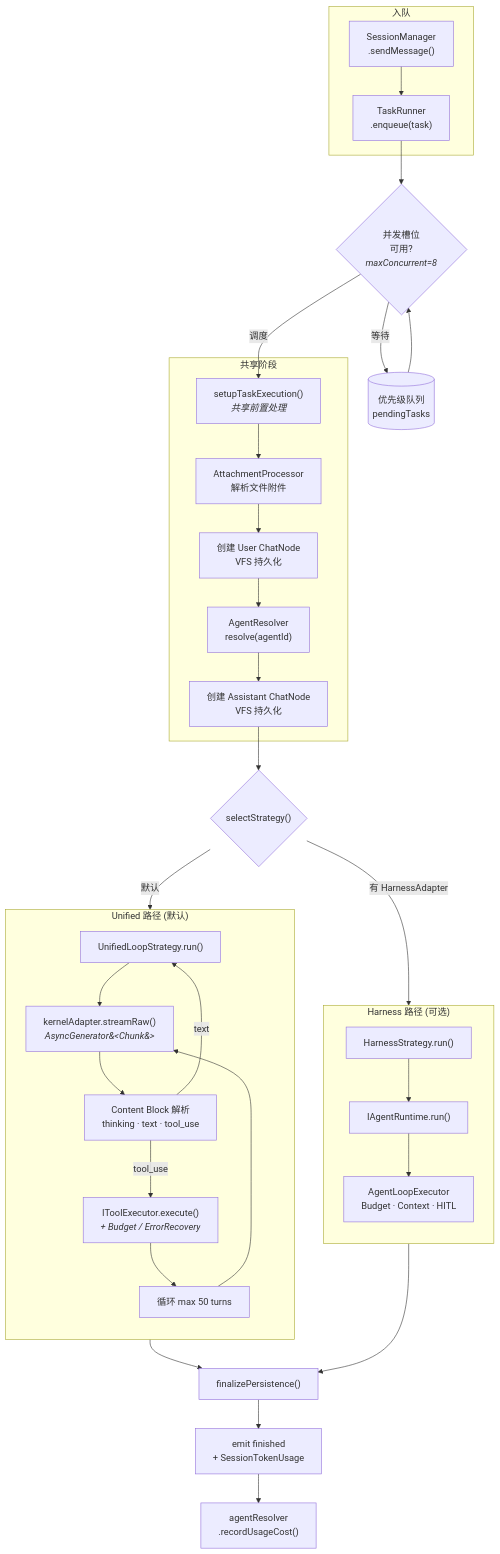
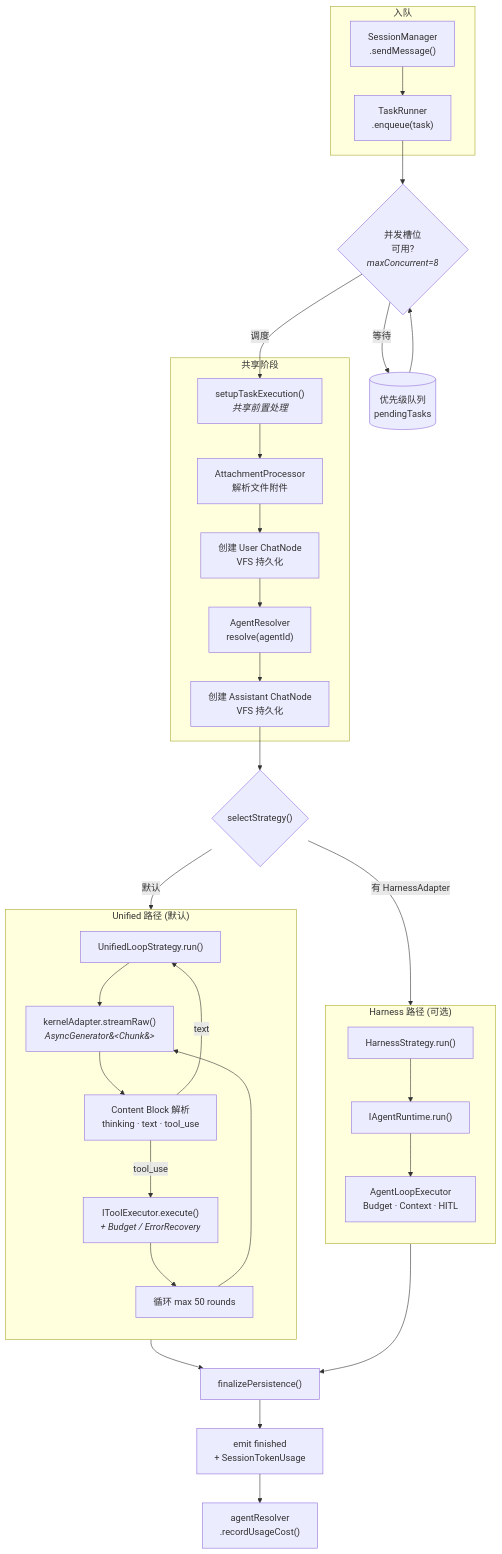
One commit to mushuanli/itookit changed the fifth of 7 diagrams in doc/feat/llm-design.md. Above: the diagram before and after it, drawn with Mermaid. The commit also changed other lines of this file and 74 other files, not shown here.

````diff
--- a/doc/feat/llm-design.md
+++ b/doc/feat/llm-design.md
@@ -659,50 +659,50 @@
 ```mermaid
 flowchart TB
     subgraph Input["入队"]
         Send["SessionManager<br/>.sendMessage()"] --> Enqueue["TaskRunner<br/>.enqueue(task)"]
     end
 
     Enqueue --> Pool{"并发槽位<br/>可用?<br/><i>maxConcurrent=8</i>"}
     Pool -->|"等待"| Queue[("优先级队列<br/>pendingTasks")]
     Queue --> Pool
 
     Pool -->|"调度"| Setup["setupTaskExecution()<br/><i>共享前置处理</i>"]
 
     subgraph Shared["共享阶段"]
         Setup --> Attach["AttachmentProcessor<br/>解析文件附件"]
         Attach --> UserNode["创建 User ChatNode<br/>VFS 持久化"]
         UserNode --> Agent["AgentResolver<br/>resolve(agentId)"]
         Agent --> AssistNode["创建 Assistant ChatNode<br/>VFS 持久化"]
     end
 
     AssistNode --> Dispatch{"selectStrategy()"}
 
     subgraph Unified_Path["Unified 路径 (默认)"]
         direction TB
         C1["UnifiedLoopStrategy.run()"]
         C2["kernelAdapter.streamRaw()<br/><i>AsyncGenerator&#60;Chunk&#62;</i>"]
         C3["Content Block 解析<br/>thinking · text · tool_use"]
         C4["IToolExecutor.execute()<br/><i>+ Budget / ErrorRecovery</i>"]
-        C5["循环 max 50 turns"]
+        C5["循环 max 50 rounds"]
         C1 --> C2 --> C3
         C3 -->|"tool_use"| C4 --> C5 --> C2
         C3 -->|"text"| C1
     end
 
     subgraph Harness_Path["Harness 路径 (可选)"]
         direction TB
         H1["HarnessStrategy.run()"]
         H2["IAgentRuntime.run()"]
         H3["AgentLoopExecutor<br/>Budget · Context · HITL"]
         H1 --> H2 --> H3
     end
 
     Dispatch -->|"默认"| Unified_Path
     Dispatch -->|"有 HarnessAdapter"| Harness_Path
 
     Unified_Path --> Finalize["finalizePersistence()"]
     Harness_Path --> Finalize
 
     Finalize --> Emit["emit finished<br/>+ SessionTokenUsage"]
     Emit --> Cost["agentResolver<br/>.recordUsageCost()"]
 ```
````
